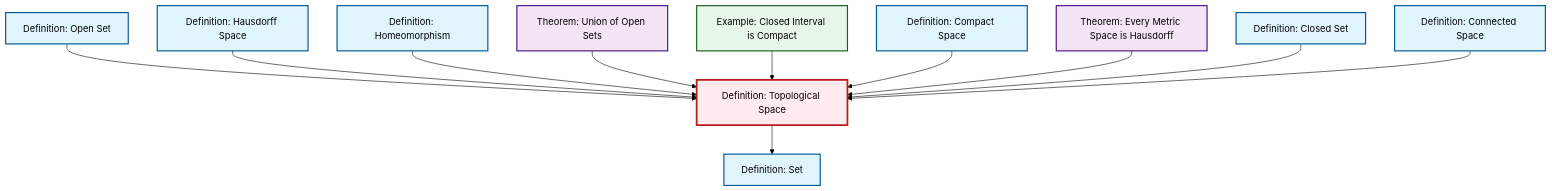
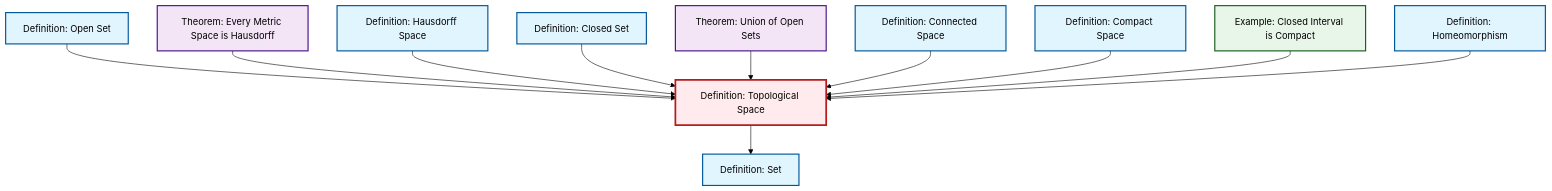
Before and after one commit to RK0429/ModernMath: the diagram in content/ja/topology/def-topological-space.qmd, drawn with Mermaid (forest theme). The commit also changed other lines of this file and 581 other files, not shown here.

````diff
--- a/content/ja/topology/def-topological-space.qmd
+++ b/content/ja/topology/def-topological-space.qmd
@@ -60,41 +60,41 @@
 ```{mermaid}
 %%| fig-cap: "Local dependency graph"
 graph TD
     classDef definition fill:#e1f5fe,stroke:#01579b,stroke-width:2px
     classDef theorem fill:#f3e5f5,stroke:#4a148c,stroke-width:2px
     classDef axiom fill:#fff3e0,stroke:#e65100,stroke-width:2px
     classDef example fill:#e8f5e9,stroke:#1b5e20,stroke-width:2px
     classDef current fill:#ffebee,stroke:#b71c1c,stroke-width:3px
-    thm-union-open-sets["Theorem: Union of Open Sets"]:::theorem
-    thm-metric-hausdorff["Theorem: Every Metric Space is Hausdorff"]:::theorem
-    def-hausdorff["Definition: Hausdorff Space"]:::definition
     def-connected["Definition: Connected Space"]:::definition
     def-compact["Definition: Compact Space"]:::definition
+    def-closed-set["Definition: Closed Set"]:::definition
+    def-hausdorff["Definition: Hausdorff Space"]:::definition
     def-open-set["Definition: Open Set"]:::definition
+    thm-metric-hausdorff["Theorem: Every Metric Space is Hausdorff"]:::theorem
+    thm-union-open-sets["Theorem: Union of Open Sets"]:::theorem
+    ex-closed-interval-compact["Example: Closed Interval is Compact"]:::example
     def-topological-space["Definition: Topological Space"]:::definition
-    def-closed-set["Definition: Closed Set"]:::definition
+    def-homeomorphism["Definition: Homeomorphism"]:::definition
     def-set["Definition: Set"]:::definition
-    def-homeomorphism["Definition: Homeomorphism"]:::definition
-    ex-closed-interval-compact["Example: Closed Interval is Compact"]:::example
     def-open-set --> def-topological-space
+    thm-metric-hausdorff --> def-topological-space
     def-hausdorff --> def-topological-space
+    def-closed-set --> def-topological-space
+    thm-union-open-sets --> def-topological-space
+    def-topological-space --> def-set
+    def-connected --> def-topological-space
+    def-compact --> def-topological-space
+    ex-closed-interval-compact --> def-topological-space
     def-homeomorphism --> def-topological-space
-    thm-union-open-sets --> def-topological-space
-    ex-closed-interval-compact --> def-topological-space
-    def-compact --> def-topological-space
-    thm-metric-hausdorff --> def-topological-space
-    def-closed-set --> def-topological-space
-    def-connected --> def-topological-space
-    def-topological-space --> def-set
     class def-topological-space current
-    click thm-union-open-sets "thm-union-open-sets.html" "Theorem: Union of Open Setsへ"
-    click thm-metric-hausdorff "thm-metric-hausdorff.html" "Theorem: Every Metric Space is Hausdorffへ"
-    click def-hausdorff "def-hausdorff.html" "Definition: Hausdorff Spaceへ"
     click def-connected "def-connected.html" "Definition: Connected Spaceへ"
     click def-compact "def-compact.html" "Definition: Compact Spaceへ"
+    click def-closed-set "def-closed-set.html" "Definition: Closed Setへ"
+    click def-hausdorff "def-hausdorff.html" "Definition: Hausdorff Spaceへ"
     click def-open-set "def-open-set.html" "Definition: Open Setへ"
-    click def-closed-set "def-closed-set.html" "Definition: Closed Setへ"
+    click thm-metric-hausdorff "thm-metric-hausdorff.html" "Theorem: Every Metric Space is Hausdorffへ"
+    click thm-union-open-sets "thm-union-open-sets.html" "Theorem: Union of Open Setsへ"
+    click ex-closed-interval-compact "ex-closed-interval-compact.html" "Example: Closed Interval is Compactへ"
+    click def-homeomorphism "def-homeomorphism.html" "Definition: Homeomorphismへ"
     click def-set "def-set.html" "Definition: Setへ"
-    click def-homeomorphism "def-homeomorphism.html" "Definition: Homeomorphismへ"
-    click ex-closed-interval-compact "ex-closed-interval-compact.html" "Example: Closed Interval is Compactへ"
 ```
````
